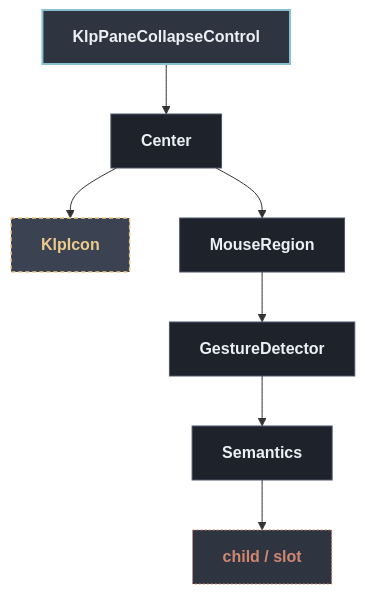
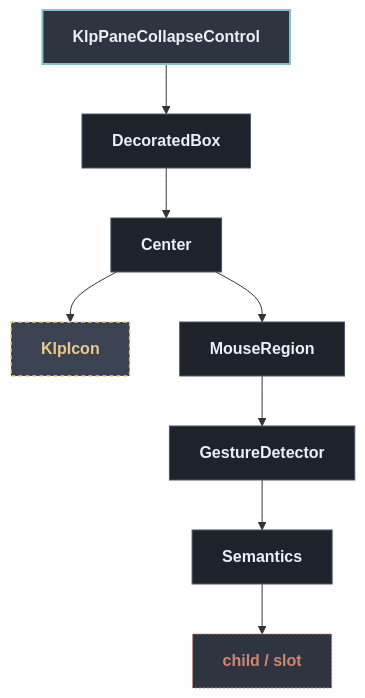
The diagram in docs/architecture/components/shell/klp_pane_collapse_control.md (MiuDog/Kallopis), drawn with Mermaid before and after one commit. The commit also changed other lines of this file and 1105 other files, not shown here.

Commit message:
refactor: establish semantic design architecture

````diff
--- a/docs/architecture/components/shell/klp_pane_collapse_control.md
+++ b/docs/architecture/components/shell/klp_pane_collapse_control.md
@@ -13,22 +13,24 @@
 ```mermaid
 flowchart TD
   classDef default fill:#1E222B,stroke:#4C566A,stroke-width:1px,color:#ECEFF4;
   classDef root fill:#2E3440,stroke:#88C0D0,stroke-width:2px,color:#ECEFF4,font-weight:bold;
   classDef reference fill:#3B4252,stroke:#EBCB8B,stroke-width:1.5px,stroke-dasharray: 4 3,color:#EBCB8B;
   classDef container fill:#2E3440,stroke:#A3BE8C,stroke-width:1.5px,color:#A3BE8C;
   classDef slot fill:#2E3440,stroke:#D08770,stroke-width:1px,stroke-dasharray: 2 2,color:#D08770;
 
   root["KlpPaneCollapseControl"]:::root
-  n1["Center"]
+  n1["DecoratedBox"]
   root --> n1
-  n2["KlpIcon"]:::reference
+  n2["Center"]
   n1 --> n2
-  n3["MouseRegion"]
-  n1 --> n3
-  n4["GestureDetector"]
-  n3 --> n4
-  n5["Semantics"]
+  n3["KlpIcon"]:::reference
+  n2 --> n3
+  n4["MouseRegion"]
+  n2 --> n4
+  n5["GestureDetector"]
   n4 --> n5
-  n6["child / slot"]:::slot
+  n6["Semantics"]
   n5 --> n6
+  n7["child / slot"]:::slot
+  n6 --> n7
 ```
````
